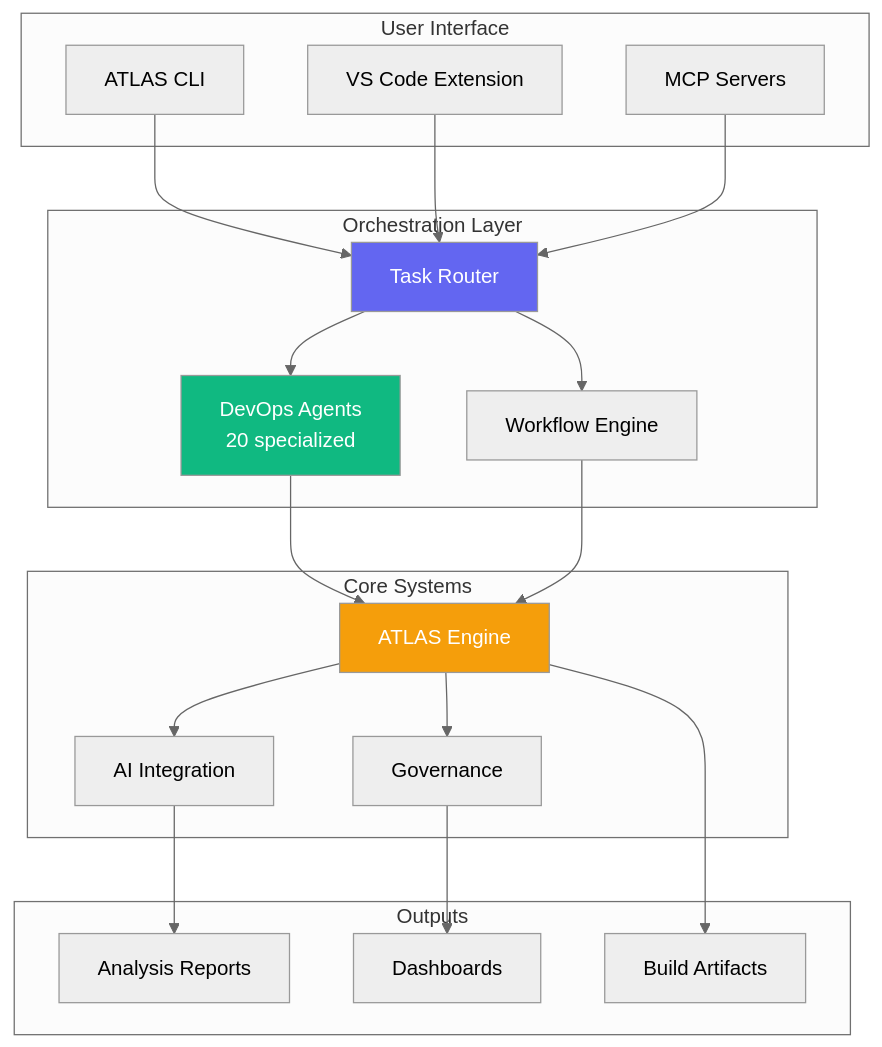
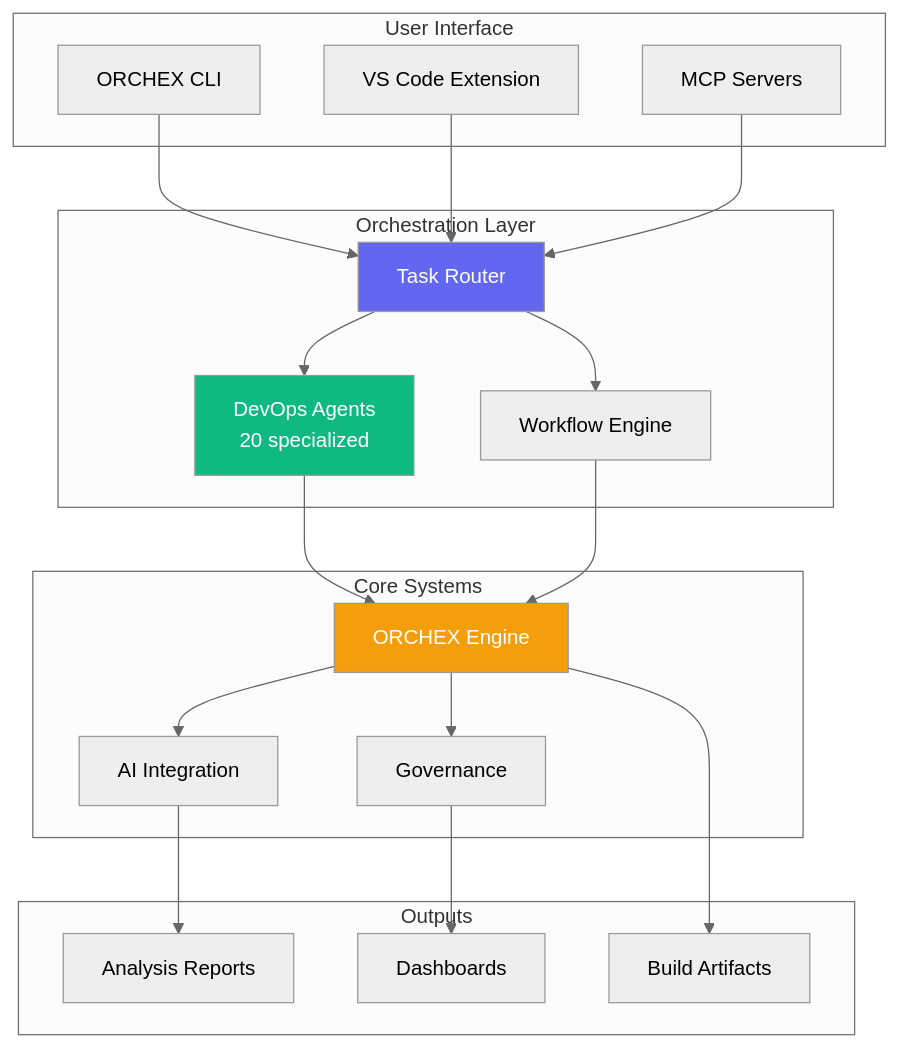
One commit to alaweimm90/alaweimm90 changed the first of 5 diagrams in docs/CODEMAP.md. Above: the diagram before and after it, drawn with Mermaid (neutral theme). The commit also changed other lines of this file and 543 other files, not shown here.

````diff
--- a/docs/CODEMAP.md
+++ b/docs/CODEMAP.md
@@ -46,46 +46,46 @@
 ```mermaid
 flowchart TB
     subgraph User["User Interface"]
-        CLI[ATLAS CLI]
+        CLI[ORCHEX CLI]
         VSCode[VS Code Extension]
         MCP[MCP Servers]
     end
 
     subgraph Orchestration["Orchestration Layer"]
         Router[Task Router]
         DevOpsAgents[DevOps Agents<br/>20 specialized]
         Workflow[Workflow Engine]
     end
 
     subgraph Core["Core Systems"]
-        Atlas[ATLAS Engine]
+        ORCHEX[ORCHEX Engine]
         AI[AI Integration]
         Governance[Governance]
     end
 
     subgraph Output["Outputs"]
         Reports[Analysis Reports]
         Metrics[Dashboards]
         Artifacts[Build Artifacts]
     end
 
     CLI --> Router
     VSCode --> Router
     MCP --> Router
 
     Router --> DevOpsAgents
     Router --> Workflow
-    DevOpsAgents --> Atlas
-    Workflow --> Atlas
+    DevOpsAgents --> ORCHEX
+    Workflow --> ORCHEX
 
-    Atlas --> AI
-    Atlas --> Governance
+    ORCHEX --> AI
+    ORCHEX --> Governance
 
     AI --> Reports
     Governance --> Metrics
-    Atlas --> Artifacts
+    ORCHEX --> Artifacts
 
     style Router fill:#6366F1,color:#fff
     style DevOpsAgents fill:#10B981,color:#fff
-    style Atlas fill:#F59E0B,color:#fff
+    style ORCHEX fill:#F59E0B,color:#fff
 ```
````
